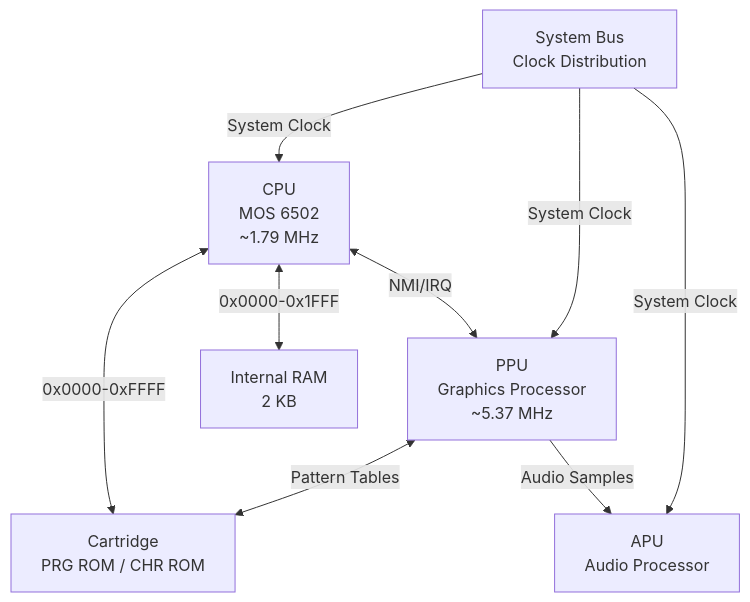
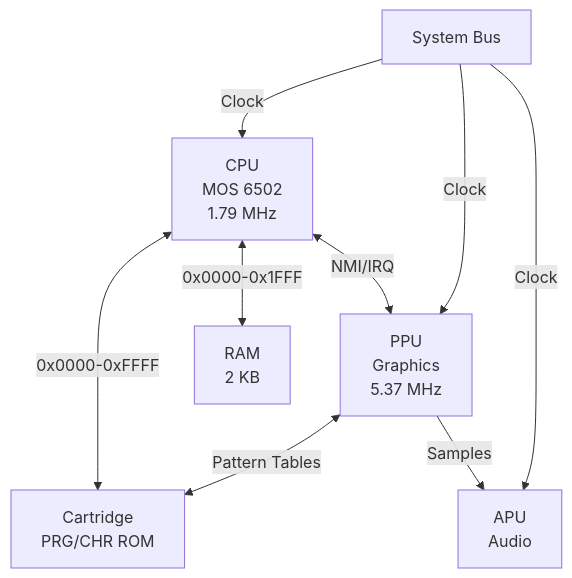
One commit to hamed-rezaee/fnes changed the first of 3 diagrams in README.md. Above: the diagram before and after it, drawn with Mermaid. The commit also changed other lines of this file and 16 other files, not shown here.

````diff
--- a/README.md
+++ b/README.md
@@ -19,20 +29,20 @@
 ```mermaid
 %%{init: {'theme': 'flat'}}%%
 graph TB
-    CPU["CPU<br/>MOS 6502<br/>~1.79 MHz"]
-    PPU["PPU<br/>Graphics Processor<br/>~5.37 MHz"]
-    APU["APU<br/>Audio Processor"]
-    BUS["System Bus<br/>Clock Distribution"]
-    CART["Cartridge<br/>PRG ROM / CHR ROM"]
-    RAM["Internal RAM<br/>2 KB"]
+    CPU["CPU<br/>MOS 6502<br/>1.79 MHz"]
+    PPU["PPU<br/>Graphics<br/>5.37 MHz"]
+    APU["APU<br/>Audio"]
+    BUS["System Bus"]
+    CART["Cartridge<br/>PRG/CHR ROM"]
+    RAM["RAM<br/>2 KB"]
 
-    BUS -->|System Clock| CPU
-    BUS -->|System Clock| PPU
-    BUS -->|System Clock| APU
+    BUS -->|Clock| CPU
+    BUS -->|Clock| PPU
+    BUS -->|Clock| APU
 
     CPU <-->|0x0000-0xFFFF| CART
     PPU <-->|Pattern Tables| CART
     CPU <-->|0x0000-0x1FFF| RAM
     CPU <-->|NMI/IRQ| PPU
-    PPU -->|Audio Samples| APU
+    PPU -->|Samples| APU
 ```
````
